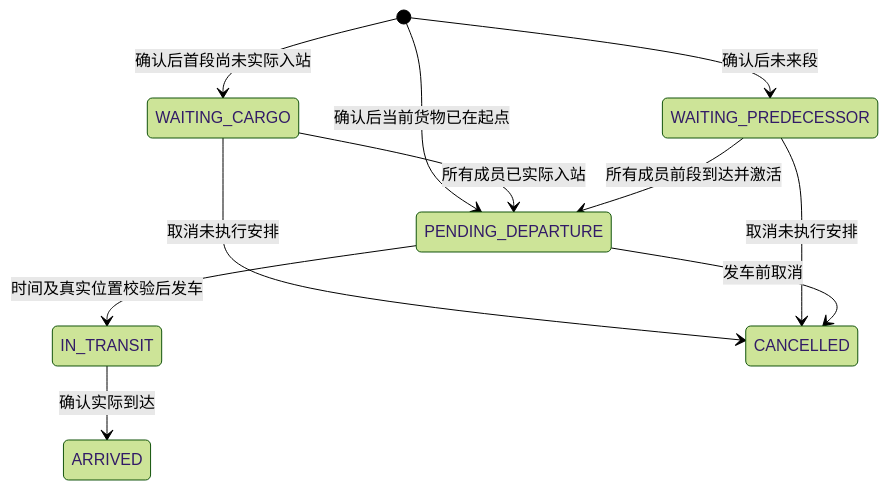
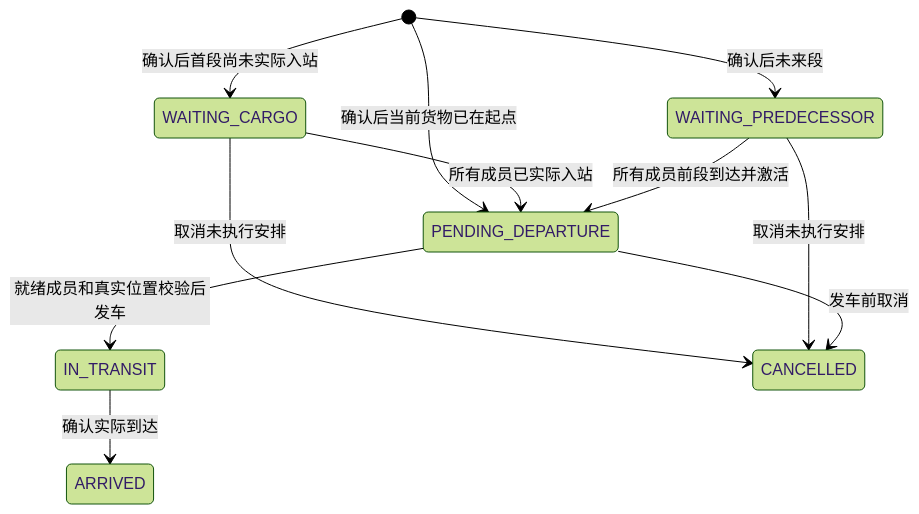
The second of 2 diagrams in docs/技术方案/v7/be/spec.md (NikFranki/jingpo-logistics-system), drawn with Mermaid (forest theme) before and after one commit. The commit also changed other lines of this file and 13 other files, not shown here.

````diff
--- a/docs/技术方案/v7/be/spec.md
+++ b/docs/技术方案/v7/be/spec.md
@@ -74,13 +74,13 @@
 ```mermaid
 stateDiagram-v2
     [*] --> WAITING_CARGO: 确认后首段尚未实际入站
     [*] --> WAITING_PREDECESSOR: 确认后未来段
     [*] --> PENDING_DEPARTURE: 确认后当前货物已在起点
     WAITING_CARGO --> PENDING_DEPARTURE: 所有成员已实际入站
     WAITING_PREDECESSOR --> PENDING_DEPARTURE: 所有成员前段到达并激活
-    PENDING_DEPARTURE --> IN_TRANSIT: 时间及真实位置校验后发车
+PENDING_DEPARTURE --> IN_TRANSIT: 就绪成员和真实位置校验后发车
     IN_TRANSIT --> ARRIVED: 确认实际到达
     WAITING_CARGO --> CANCELLED: 取消未执行安排
     WAITING_PREDECESSOR --> CANCELLED: 取消未执行安排
     PENDING_DEPARTURE --> CANCELLED: 发车前取消
 ```
````
